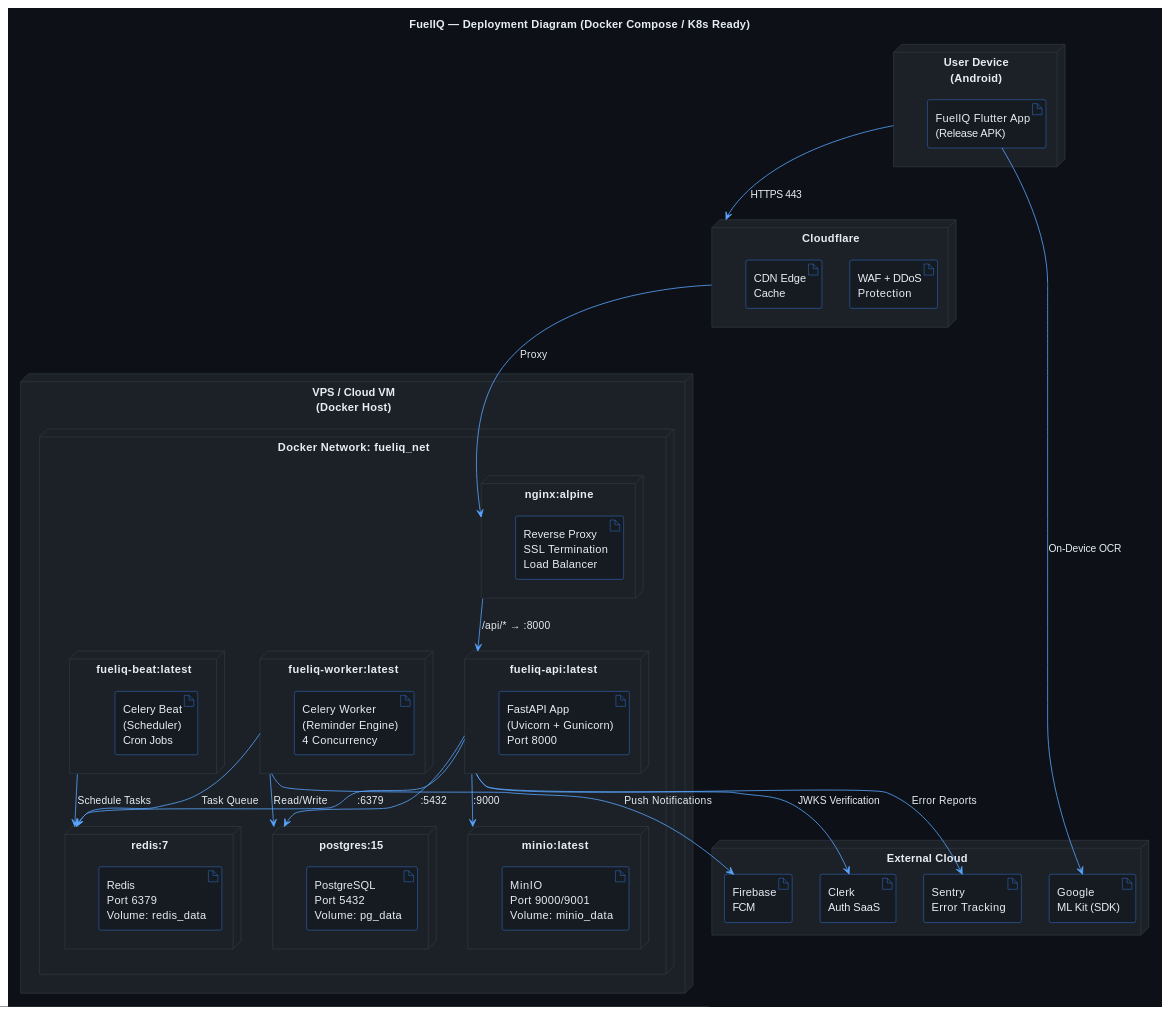
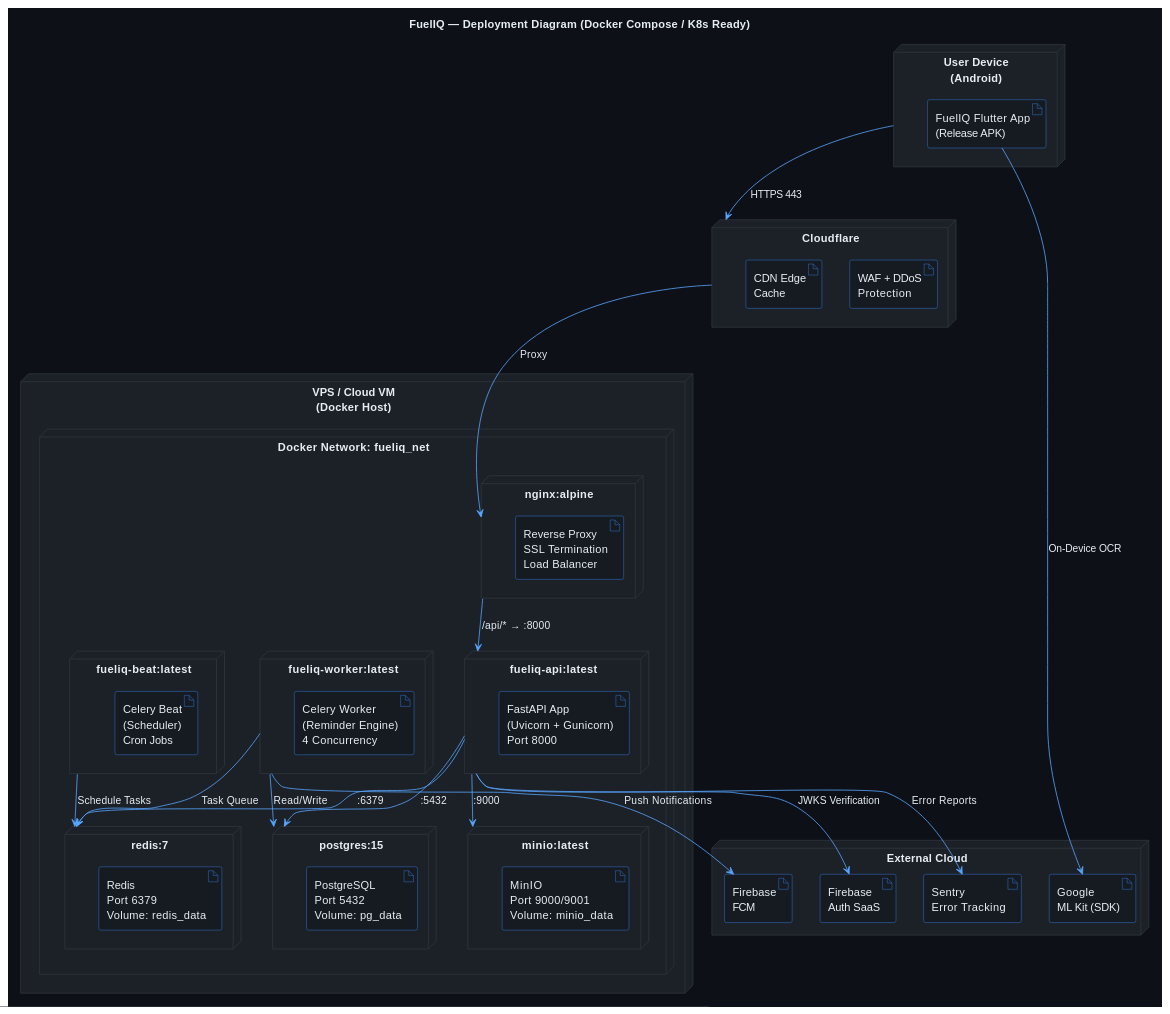
Before and after one commit to AxArjun/dummy: the third of 7 diagrams in docs/phase-02-architecture.md, drawn with PlantUML. The commit also changed other lines of this file and 66 other files, not shown here.

````diff
--- a/docs/phase-02-architecture.md
+++ b/docs/phase-02-architecture.md
@@ -203,77 +203,77 @@
 ```plantuml
 @startuml FuelIQ_Deployment_Diagram
 skinparam backgroundColor #0D1117
 skinparam defaultFontColor #E6EDF3
 skinparam ArrowColor #58A6FF
 skinparam nodeBorderColor #30363D
 skinparam nodeBackgroundColor #1C2128
 skinparam artifactBorderColor #388BFD
 skinparam artifactBackgroundColor #161B22
 
 title FuelIQ — Deployment Diagram (Docker Compose / K8s Ready)
 
 node "User Device\n(Android)" as Device {
   artifact "FuelIQ Flutter App\n(Release APK)" as App
 }
 
 node "Cloudflare" as CF {
   artifact "WAF + DDoS\nProtection" as WAF
   artifact "CDN Edge\nCache" as CDNEdge
 }
 
 node "VPS / Cloud VM\n(Docker Host)" as Host {
   node "Docker Network: fueliq_net" as DockerNet {
     
     node "nginx:alpine" as Nginx {
       artifact "Reverse Proxy\nSSL Termination\nLoad Balancer" as NginxArt
     }
     
     node "fueliq-api:latest" as APIContainer {
       artifact "FastAPI App\n(Uvicorn + Gunicorn)\nPort 8000" as APIC
     }
     
     node "fueliq-worker:latest" as WorkerContainer {
       artifact "Celery Worker\n(Reminder Engine)\n4 Concurrency" as WorkerArt
     }
     
     node "fueliq-beat:latest" as BeatContainer {
       artifact "Celery Beat\n(Scheduler)\nCron Jobs" as BeatArt
     }
     
     node "postgres:15" as PGNode {
       artifact "PostgreSQL\nPort 5432\nVolume: pg_data" as PGArt
     }
     
     node "redis:7" as RedisNode {
       artifact "Redis\nPort 6379\nVolume: redis_data" as RedisArt
     }
     
     node "minio:latest" as MinioNode {
       artifact "MinIO\nPort 9000/9001\nVolume: minio_data" as MinioArt
     }
   }
 }
 
 node "External Cloud" as External {
-  artifact "Clerk\nAuth SaaS" as ClerkExt
+  artifact "Firebase\nAuth SaaS" as ClerkExt
   artifact "Firebase\nFCM" as FCMExt
   artifact "Sentry\nError Tracking" as SentryExt
   artifact "Google\nML Kit (SDK)" as MLKitExt
 }
 
 Device --> CF : HTTPS 443
 CF --> Nginx : Proxy
 Nginx --> APIContainer : /api/* → :8000
 APIContainer --> PGNode : :5432
 APIContainer --> RedisNode : :6379
 APIContainer --> MinioNode : :9000
 APIContainer --> ClerkExt : JWKS Verification
 WorkerContainer --> RedisNode : Task Queue
 WorkerContainer --> FCMExt : Push Notifications
 WorkerContainer --> PGNode : Read/Write
 BeatContainer --> RedisNode : Schedule Tasks
 APIContainer --> SentryExt : Error Reports
 App --> MLKitExt : On-Device OCR
 
 @enduml
 ```
````
